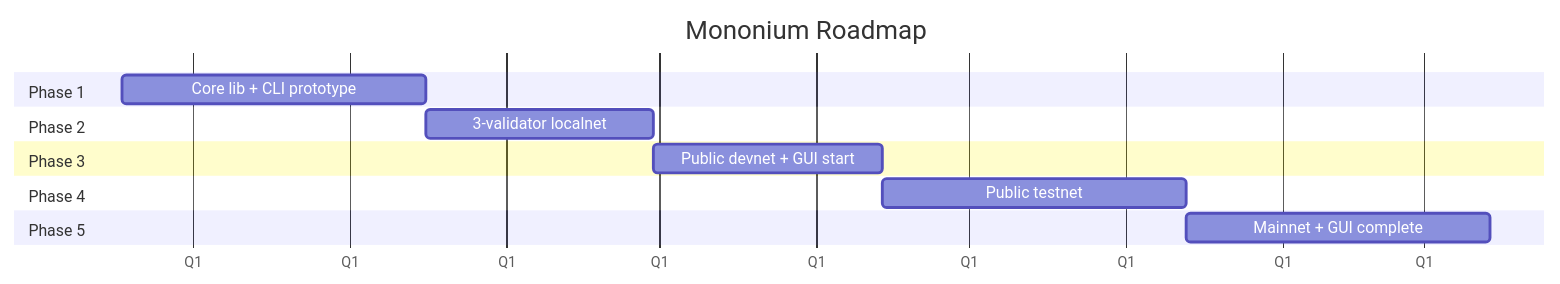
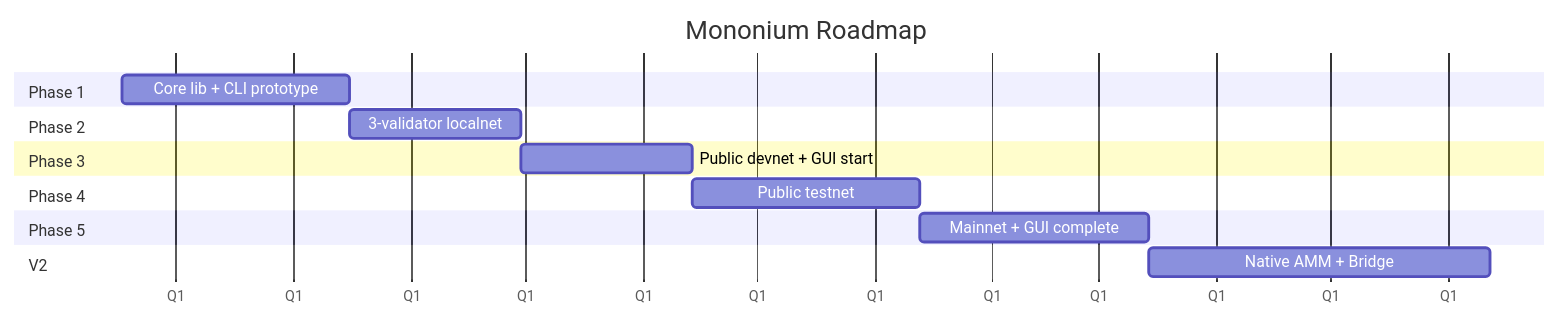
One commit to Monbuticloud/mononium changed the first of 2 diagrams in docs/plans/V0.4.0/Roadmap.md. Above: the diagram before and after it, drawn with Mermaid. The commit also changed other lines of this file and 15 other files, not shown here.

````diff
--- a/docs/plans/V0.4.0/Roadmap.md
+++ b/docs/plans/V0.4.0/Roadmap.md
@@ -9,17 +9,19 @@
 ```mermaid
 gantt
     title Mononium Roadmap
     dateFormat  YYYY-MM-DD
     axisFormat  Q1
 
     section Phase 1
     Core lib + CLI prototype      :p1, 2026-06-17, 60d
     section Phase 2
     3-validator localnet          :p2, after p1, 45d
     section Phase 3
     Public devnet + GUI start     :p3, after p2, 45d
     section Phase 4
     Public testnet                :p4, after p3, 60d
     section Phase 5
     Mainnet + GUI complete        :p5, after p4, 60d
+    section V2
+    Native AMM + Bridge           :v2, after p5, 90d
 ```
````
